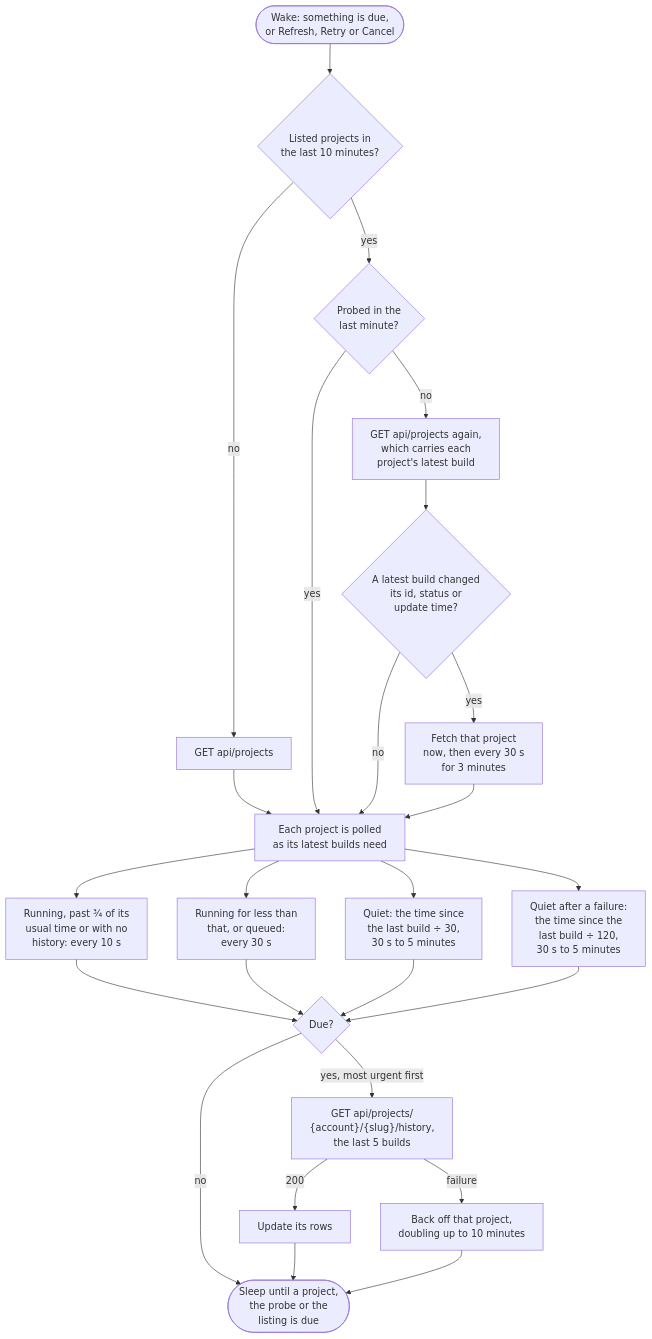
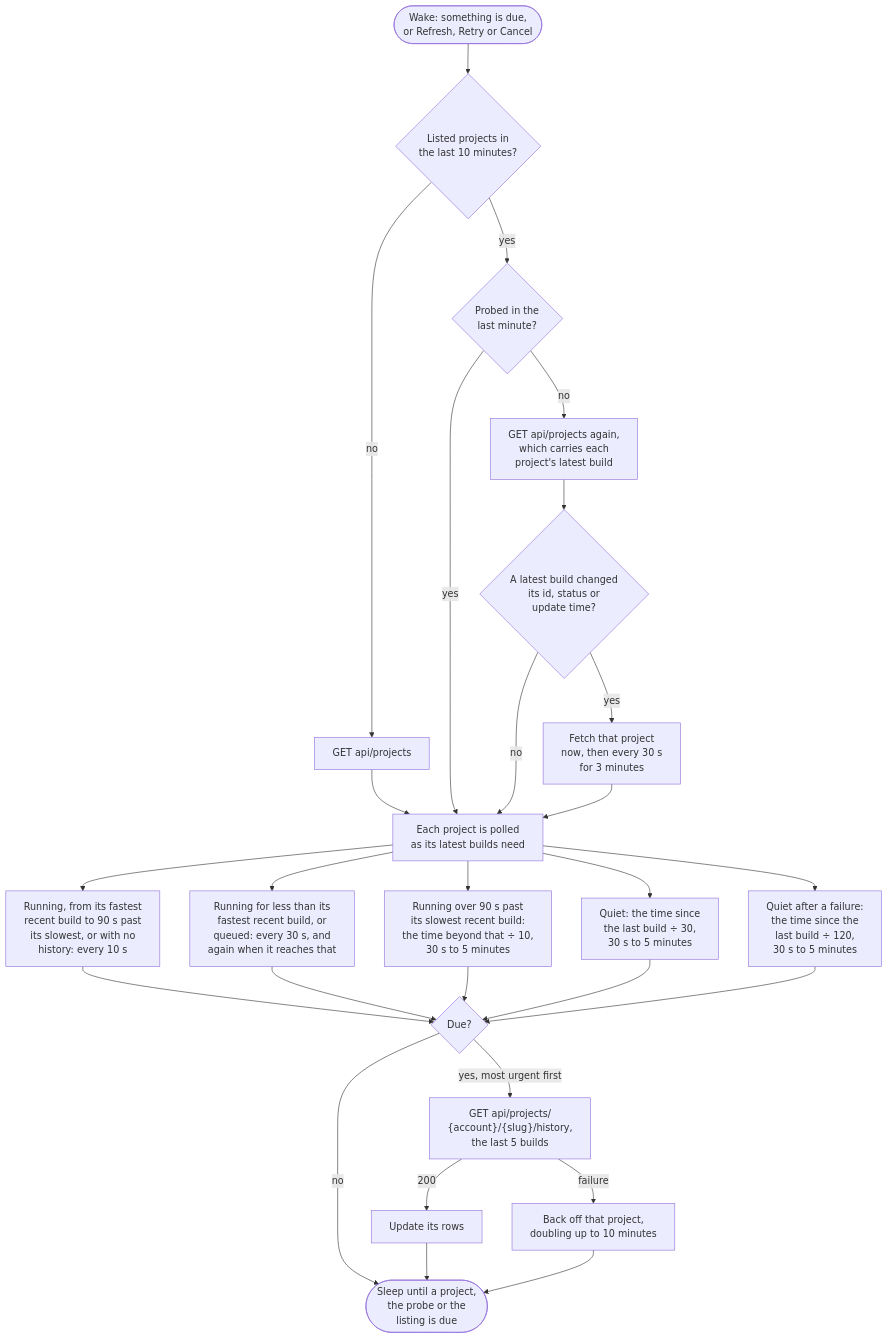
One commit to SimonCropp/BuildMonitor changed the diagram in docs/mdsource/providers/appveyor.source.md. Above: the diagram before and after it, drawn with Mermaid. The commit also changed 30 other files, not shown here.

First line of the commit message:
Aim the running interval at when a build is expected to finish

````diff
--- a/docs/mdsource/providers/appveyor.source.md
+++ b/docs/mdsource/providers/appveyor.source.md
@@ -32,32 +32,34 @@
 ```mermaid
 ---
 config:
   flowchart:
     wrappingWidth: 400
 ---
 flowchart TD
     wake(["Wake: something is due,<br/>or Refresh, Retry or Cancel"]) --> listed{"Listed projects in<br/>the last 10 minutes?"}
     listed -- "no" --> discover["GET api/projects"]
     listed -- "yes" --> probed{"Probed in the<br/>last minute?"}
     probed -- "no" --> probe["GET api/projects again,<br/>which carries each<br/>project's latest build"]
     probe --> moved{"A latest build changed<br/>its id, status or<br/>update time?"}
     moved -- "yes" --> nudge["Fetch that project<br/>now, then every 30 s<br/>for 3 minutes"]
     discover --> interval["Each project is polled<br/>as its latest builds need"]
     probed -- "yes" --> interval
     moved -- "no" --> interval
     nudge --> interval
-    interval --> finishing["Running, past ¾ of its<br/>usual time or with no<br/>history: every 10 s"]
-    interval --> running["Running for less than<br/>that, or queued:<br/>every 30 s"]
+    interval --> finishing["Running, from its fastest<br/>recent build to 90 s past<br/>its slowest, or with no<br/>history: every 10 s"]
+    interval --> running["Running for less than its<br/>fastest recent build, or<br/>queued: every 30 s, and<br/>again when it reaches that"]
+    interval --> overrun["Running over 90 s past<br/>its slowest recent build:<br/>the time beyond that ÷ 10,<br/>30 s to 5 minutes"]
     interval --> quiet["Quiet: the time since<br/>the last build ÷ 30,<br/>30 s to 5 minutes"]
     interval --> failed["Quiet after a failure:<br/>the time since the<br/>last build ÷ 120,<br/>30 s to 5 minutes"]
     finishing --> due{"Due?"}
     running --> due
+    overrun --> due
     quiet --> due
     failed --> due
     due -- "no" --> sleep(["Sleep until a project,<br/>the probe or the<br/>listing is due"])
     due -- "yes, most urgent first" --> fetch["GET api/projects/<br/>{account}/{slug}/history,<br/>the last 5 builds"]
     fetch -- "200" --> rows["Update its rows"]
     fetch -- "failure" --> backoff["Back off that project,<br/>doubling up to 10 minutes"]
     rows --> sleep
     backoff --> sleep
 ```
````
